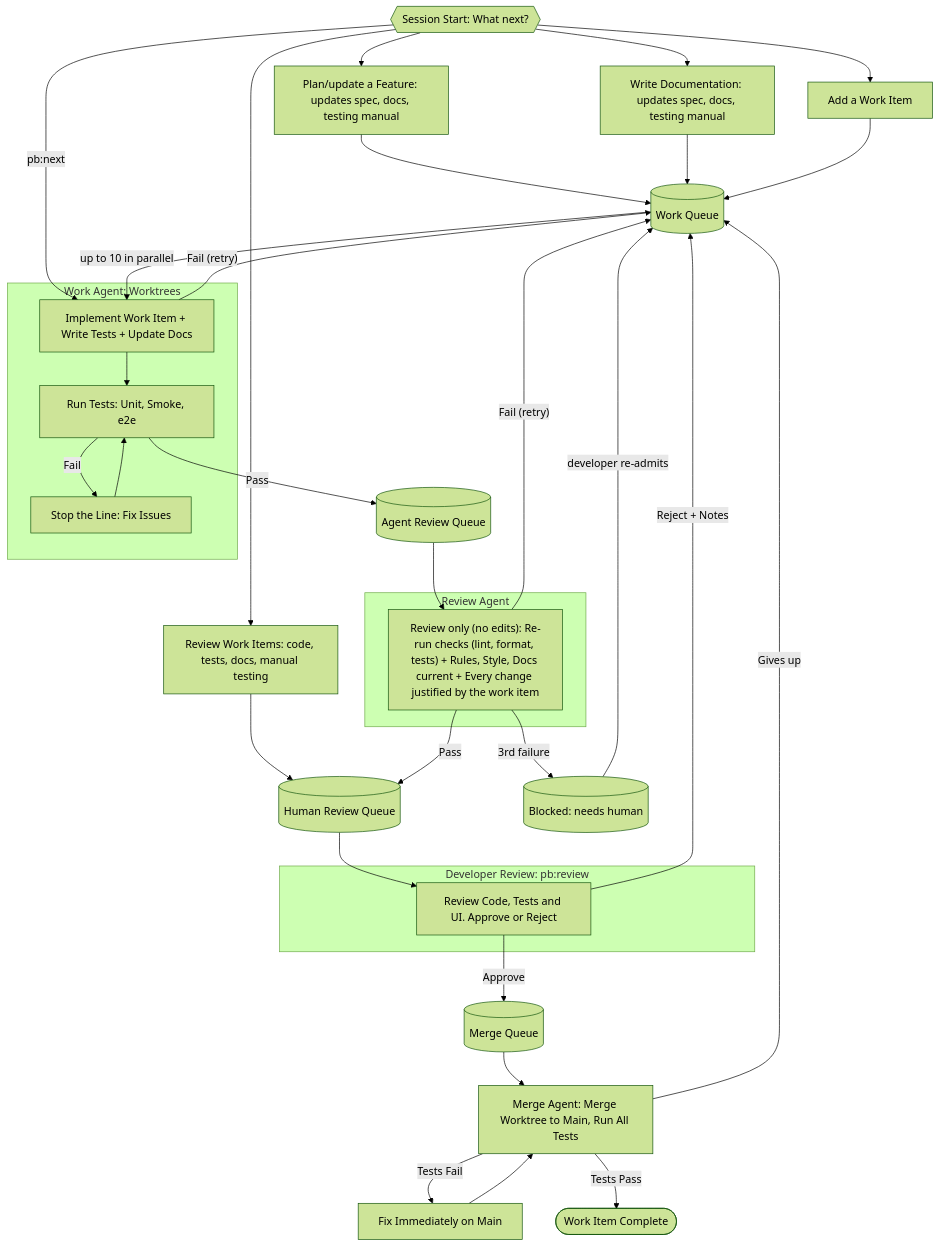
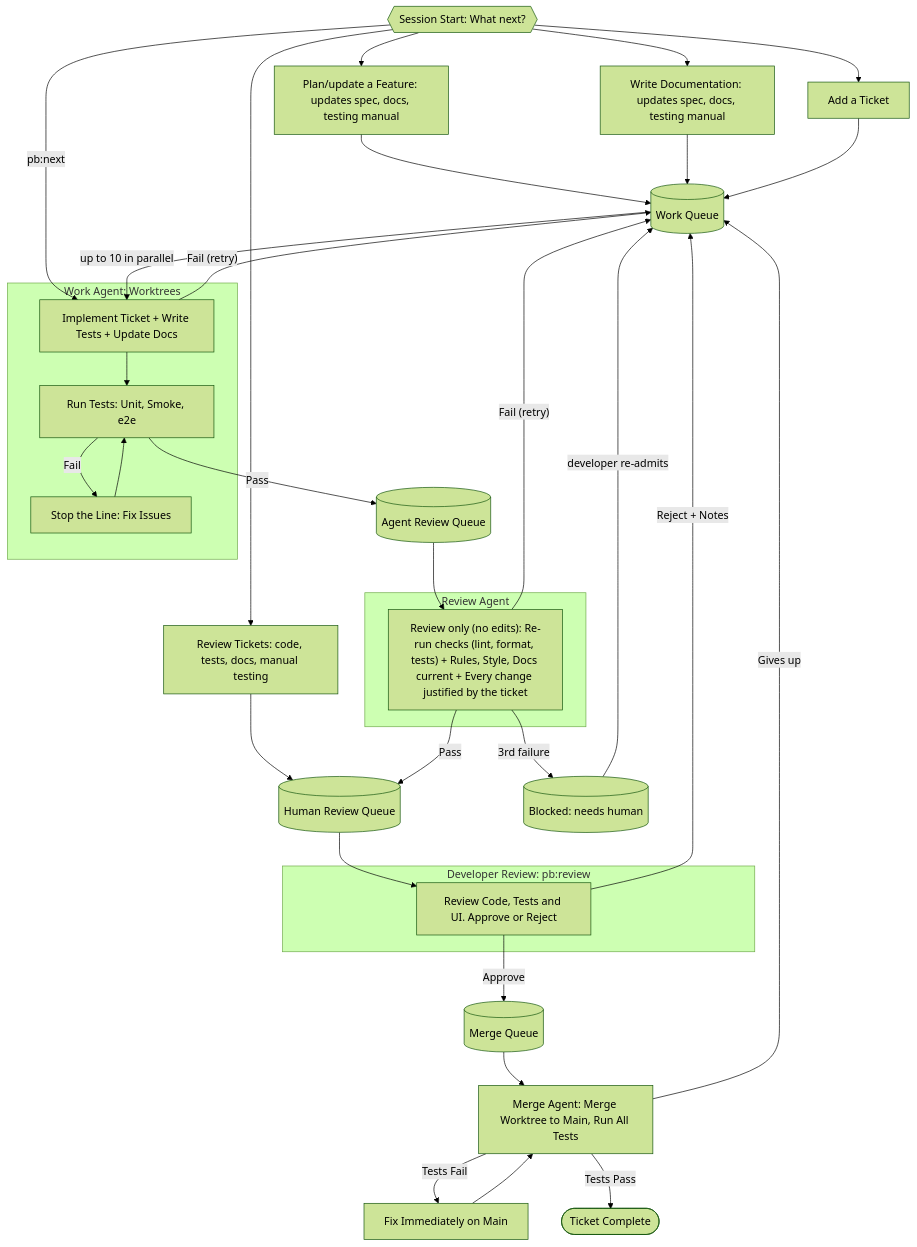
One commit to ashleydavis/playbook changed the second of 2 diagrams in handbook.md. Above: the diagram before and after it, drawn with Mermaid (forest theme). The commit also changed other lines of this file and 67 other files, not shown here.

First line of the commit message:
Renamed "work item" to "ticket" throughout the playbook

````diff
--- a/handbook.md
+++ b/handbook.md
@@ -104,45 +104,45 @@
 ```mermaid
 flowchart TD
     SESSION{{"Session Start: What next?"}} --> PLAN
     SESSION --> DOCS
     SESSION --> ADD_WI
     SESSION --> REVIEW_WI
     SESSION -->|pb:next| IMPL
 
     PLAN["Plan/update a Feature: updates spec, docs, testing manual"] --> WQ
     DOCS["Write Documentation: updates spec, docs, testing manual"] --> WQ
-    ADD_WI["Add a Work Item"] --> WQ
-    REVIEW_WI["Review Work Items: code, tests, docs, manual testing"] --> HR
+    ADD_WI["Add a Ticket"] --> WQ
+    REVIEW_WI["Review Tickets: code, tests, docs, manual testing"] --> HR
 
     WQ[("Work Queue")] -->|"up to 10 in parallel"| IMPL
 
     subgraph WorkAgent ["Work Agent: Worktrees"]
-        IMPL["Implement Work Item + Write Tests + Update Docs"] --> RT["Run Tests: Unit, Smoke, e2e"]
+        IMPL["Implement Ticket + Write Tests + Update Docs"] --> RT["Run Tests: Unit, Smoke, e2e"]
         RT -->|Fail| STL["Stop the Line: Fix Issues"]
         STL --> RT
     end
 
     subgraph ReviewAgent ["Review Agent"]
-        CHK["Review only (no edits): Re-run checks (lint, format, tests) + Rules, Style, Docs current + Every change justified by the work item"]
+        CHK["Review only (no edits): Re-run checks (lint, format, tests) + Rules, Style, Docs current + Every change justified by the ticket"]
     end
 
     subgraph DevReview ["Developer Review: pb:review"]
         VIEW["Review Code, Tests and UI. Approve or Reject"]
     end
 
     RT -->|Pass| AR[("Agent Review Queue")]
     AR --> CHK
     CHK -->|"Fail (retry)"| WQ
     CHK -->|"3rd failure"| BLK[("Blocked: needs human")]
     CHK -->|Pass| HR[("Human Review Queue")]
     HR --> VIEW
     VIEW -->|Reject + Notes| WQ
     VIEW -->|Approve| MQ[("Merge Queue")]
     MQ --> MA["Merge Agent: Merge Worktree to Main, Run All Tests"]
     MA -->|Tests Fail| FIX["Fix Immediately on Main"]
     FIX --> MA
     MA -->|"Gives up"| WQ
-    MA -->|Tests Pass| DONE(["Work Item Complete"])
+    MA -->|Tests Pass| DONE(["Ticket Complete"])
     IMPL -->|"Fail (retry)"| WQ
     BLK -->|"developer re-admits"| WQ
 ```
````
